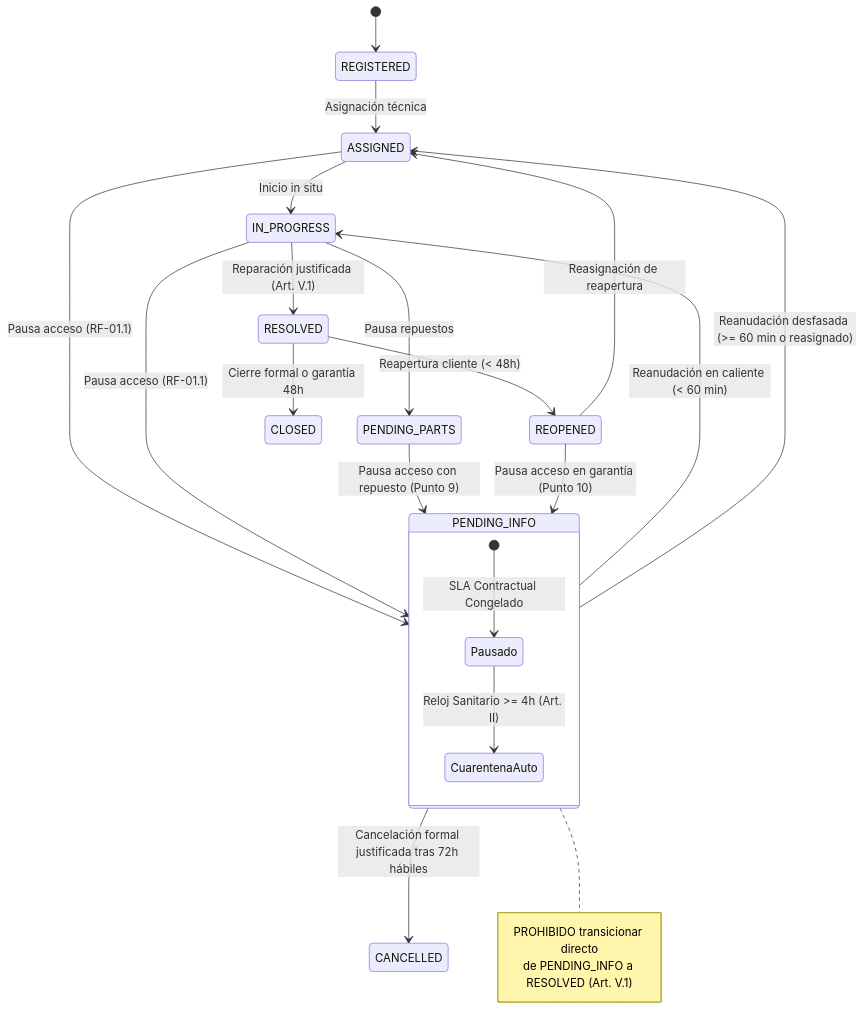
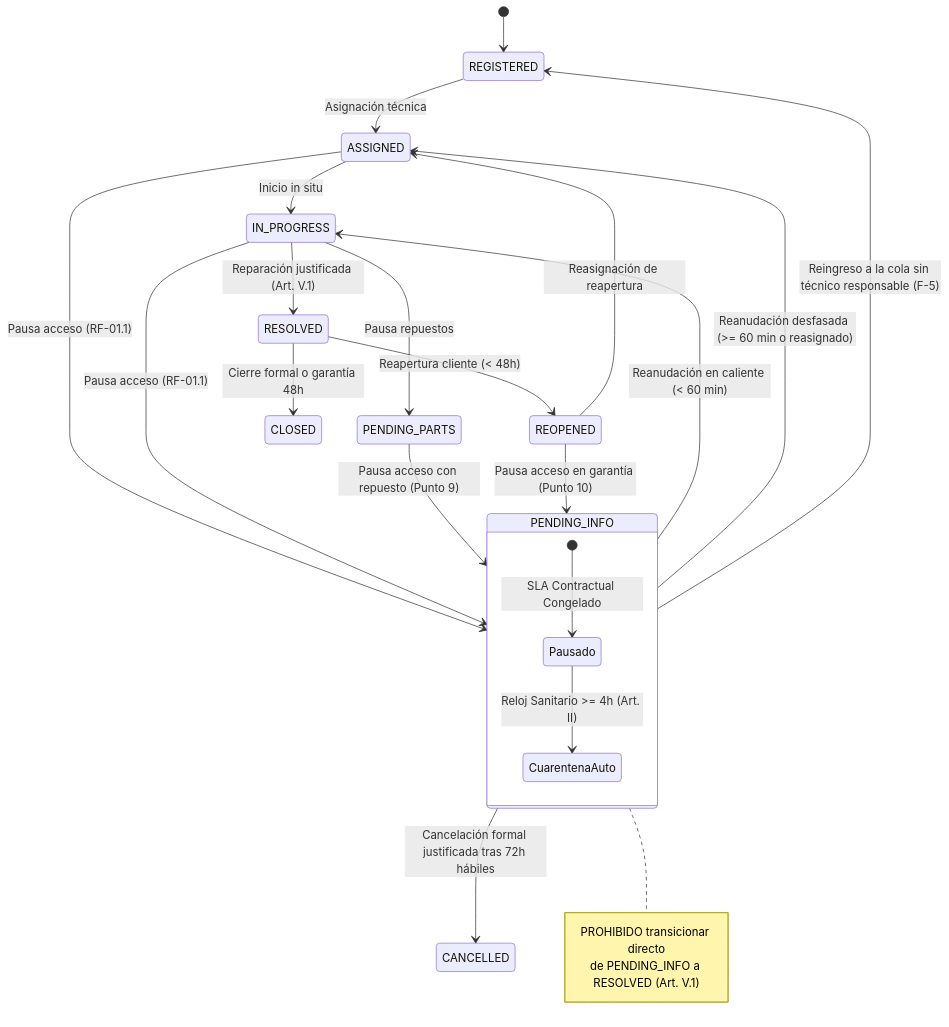
One commit to Rugsoft/VendGuard changed the diagram in specs/11-pending-info-sla-pause/plan.md. Above: the diagram before and after it, drawn with Mermaid. The commit also changed other lines of this file and 36 other files, not shown here.

````diff
--- a/specs/11-pending-info-sla-pause/plan.md
+++ b/specs/11-pending-info-sla-pause/plan.md
@@ -207,31 +210,32 @@
 ```mermaid
 stateDiagram-v2
     [*] --> REGISTERED
     REGISTERED --> ASSIGNED: Asignación técnica
     ASSIGNED --> IN_PROGRESS: Inicio in situ
     ASSIGNED --> PENDING_INFO: Pausa acceso (RF-01.1)
     
     IN_PROGRESS --> PENDING_PARTS: Pausa repuestos
     IN_PROGRESS --> PENDING_INFO: Pausa acceso (RF-01.1)
     PENDING_PARTS --> PENDING_INFO: Pausa acceso con repuesto (Punto 9)
     REOPENED --> PENDING_INFO: Pausa acceso en garantía (Punto 10)
     
     state PENDING_INFO {
         [*] --> Pausado: SLA Contractual Congelado
         Pausado --> CuarentenaAuto: Reloj Sanitario >= 4h (Art. II)
     }
     
     PENDING_INFO --> IN_PROGRESS: Reanudación en caliente (< 60 min)
     PENDING_INFO --> ASSIGNED: Reanudación desfasada (>= 60 min o reasignado)
+    PENDING_INFO --> REGISTERED: Reingreso a la cola sin técnico responsable (F-5)
     PENDING_INFO --> CANCELLED: Cancelación formal justificada tras 72h hábiles
     
     IN_PROGRESS --> RESOLVED: Reparación justificada (Art. V.1)
     RESOLVED --> CLOSED: Cierre formal o garantía 48h
     RESOLVED --> REOPENED: Reapertura cliente (< 48h)
     REOPENED --> ASSIGNED: Reasignación de reapertura
     
     note right of PENDING_INFO
         PROHIBIDO transicionar directo
         de PENDING_INFO a RESOLVED (Art. V.1)
     end note
 ```
````
